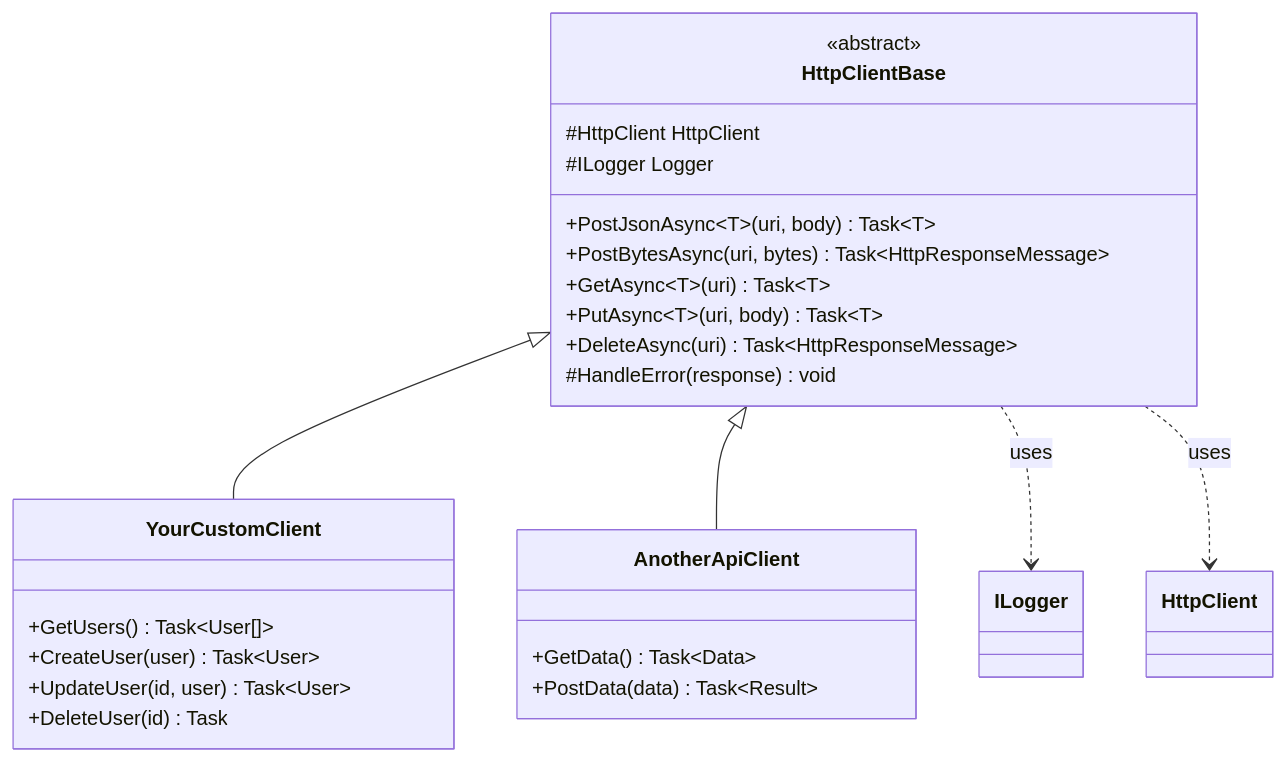
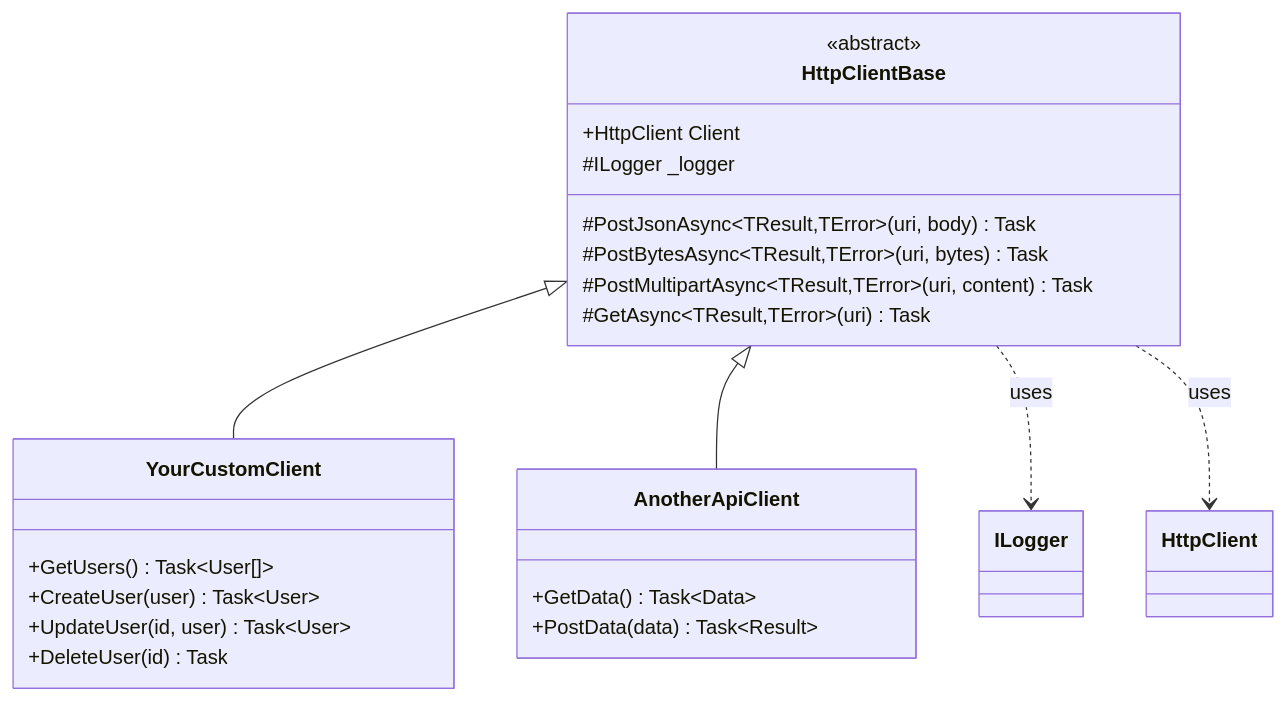
Before and after one commit to f2calv/CasCap.Common: the diagram in src/CasCap.Common.Net/README.md, drawn with Mermaid. The commit also changed other lines of this file and 10 other files, not shown here.

````diff
--- a/src/CasCap.Common.Net/README.md
+++ b/src/CasCap.Common.Net/README.md
@@ -49,34 +79,32 @@
 ```mermaid
 classDiagram
     direction TB
 
     HttpClientBase <|-- YourCustomClient
     HttpClientBase <|-- AnotherApiClient
 
     class HttpClientBase {
         <<abstract>>
-        #HttpClient HttpClient
-        #ILogger Logger
-        +PostJsonAsync~T~(uri, body) Task~T~
-        +PostBytesAsync(uri, bytes) Task~HttpResponseMessage~
-        +GetAsync~T~(uri) Task~T~
-        +PutAsync~T~(uri, body) Task~T~
-        +DeleteAsync(uri) Task~HttpResponseMessage~
-        #HandleError(response) void
+        +HttpClient Client
+        #ILogger _logger
+        #PostJsonAsync~TResult,TError~(uri, body) Task
+        #PostBytesAsync~TResult,TError~(uri, bytes) Task
+        #PostMultipartAsync~TResult,TError~(uri, content) Task
+        #GetAsync~TResult,TError~(uri) Task
     }
 
     class YourCustomClient {
         +GetUsers() Task~User[]~
         +CreateUser(user) Task~User~
         +UpdateUser(id, user) Task~User~
         +DeleteUser(id) Task
     }
 
     class AnotherApiClient {
         +GetData() Task~Data~
         +PostData(data) Task~Result~
     }
 
     HttpClientBase ..> ILogger : uses
     HttpClientBase ..> HttpClient : uses
 ```
````
